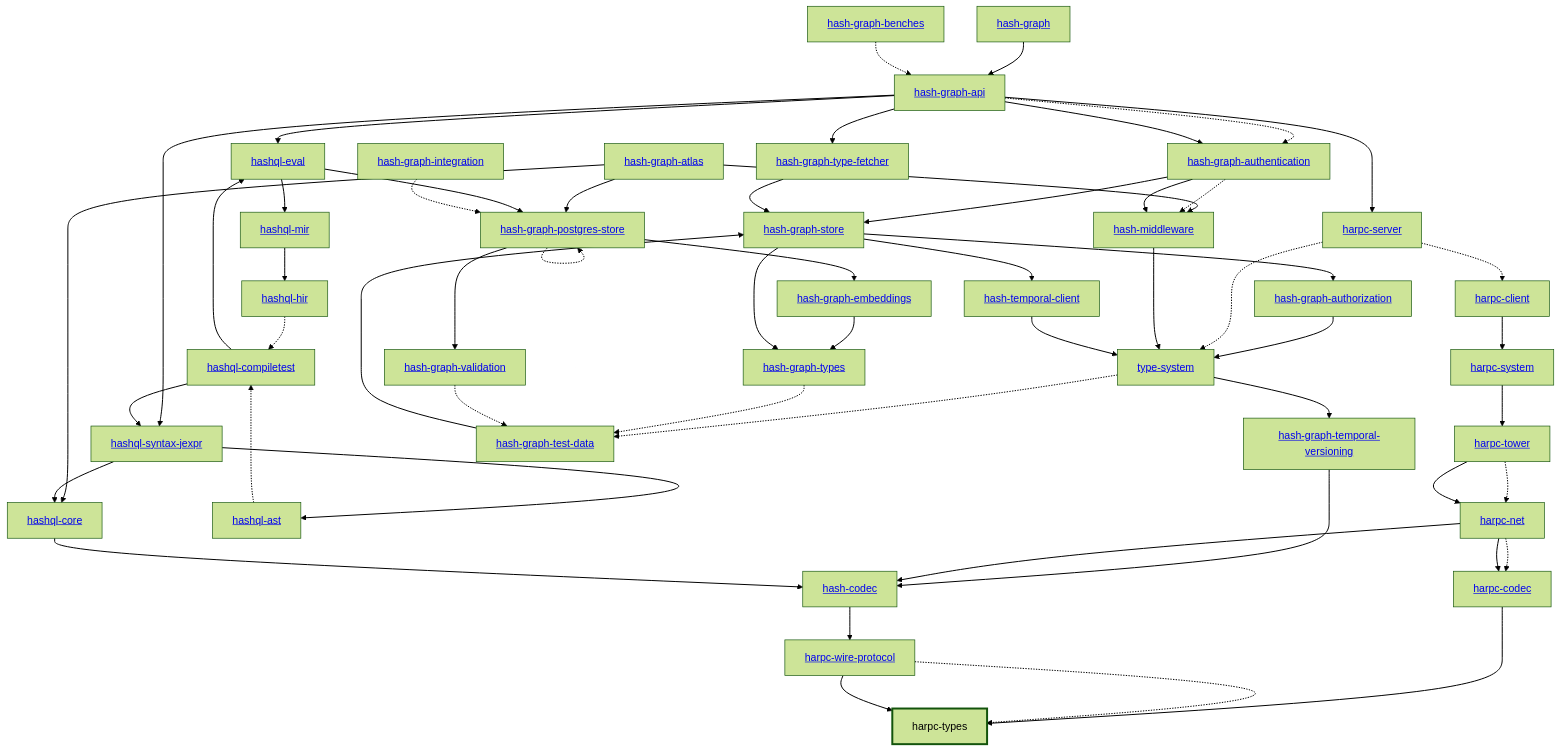
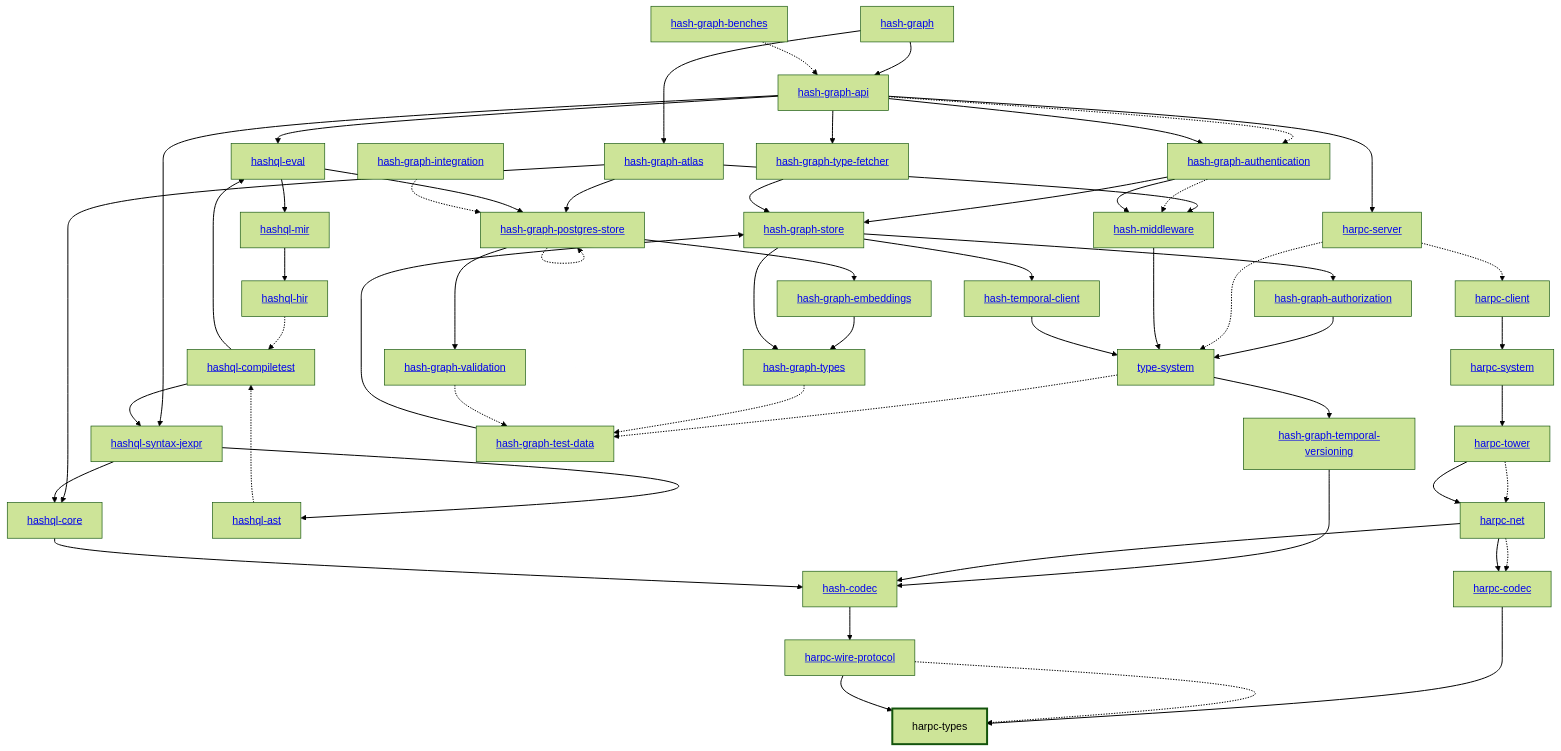
Before and after one commit to hashintel/hash: the diagram in libs/@local/harpc/types/docs/dependency-diagram.mmd, drawn with Mermaid (forest theme). The commit also changed 40 other files, not shown here.

```diff
--- a/libs/@local/harpc/types/docs/dependency-diagram.mmd
+++ b/libs/@local/harpc/types/docs/dependency-diagram.mmd
@@ -1,100 +1,101 @@
 graph TD
     linkStyle default stroke-width:1.5px
     classDef default stroke-width:1px
     classDef root stroke-width:3px
     classDef dev stroke-width:1px
     classDef build stroke-width:1px
     %% Legend
     %% --> : Normal dependency
     %% -.-> : Dev dependency
     %% ---> : Build dependency
     0[<a href="../hash_graph/index.html">hash-graph</a>]
     1[<a href="../type_system/index.html">type-system</a>]
     2[<a href="../hash_codec/index.html">hash-codec</a>]
     3[<a href="../hash_graph_api/index.html">hash-graph-api</a>]
     4[<a href="../hash_graph_atlas/index.html">hash-graph-atlas</a>]
     5[<a href="../hash_graph_authentication/index.html">hash-graph-authentication</a>]
     6[<a href="../hash_graph_authorization/index.html">hash-graph-authorization</a>]
     7[<a href="../hash_graph_embeddings/index.html">hash-graph-embeddings</a>]
     8[<a href="../hash_graph_postgres_store/index.html">hash-graph-postgres-store</a>]
     9[<a href="../hash_graph_store/index.html">hash-graph-store</a>]
     10[<a href="../hash_graph_temporal_versioning/index.html">hash-graph-temporal-versioning</a>]
     11[<a href="../hash_graph_type_fetcher/index.html">hash-graph-type-fetcher</a>]
     12[<a href="../hash_graph_types/index.html">hash-graph-types</a>]
     13[<a href="../hash_graph_validation/index.html">hash-graph-validation</a>]
     14[<a href="../harpc_client/index.html">harpc-client</a>]
     15[<a href="../harpc_codec/index.html">harpc-codec</a>]
     16[<a href="../harpc_net/index.html">harpc-net</a>]
     17[<a href="../harpc_server/index.html">harpc-server</a>]
     18[<a href="../harpc_system/index.html">harpc-system</a>]
     19[<a href="../harpc_tower/index.html">harpc-tower</a>]
     20[harpc-types]
     class 20 root
     21[<a href="../harpc_wire_protocol/index.html">harpc-wire-protocol</a>]
     22[<a href="../hashql_ast/index.html">hashql-ast</a>]
     23[<a href="../hashql_compiletest/index.html">hashql-compiletest</a>]
     24[<a href="../hashql_core/index.html">hashql-core</a>]
     25[<a href="../hashql_eval/index.html">hashql-eval</a>]
     26[<a href="../hashql_hir/index.html">hashql-hir</a>]
     27[<a href="../hashql_mir/index.html">hashql-mir</a>]
     28[<a href="../hashql_syntax_jexpr/index.html">hashql-syntax-jexpr</a>]
     29[<a href="../hash_middleware/index.html">hash-middleware</a>]
     30[<a href="../hash_temporal_client/index.html">hash-temporal-client</a>]
     31[<a href="../hash_graph_benches/index.html">hash-graph-benches</a>]
     32[<a href="../hash_graph_integration/index.html">hash-graph-integration</a>]
     33[<a href="../hash_graph_test_data/index.html">hash-graph-test-data</a>]
     0 --> 3
+    0 --> 4
     1 --> 10
     1 -.-> 33
     2 --> 21
     3 -.-> 5
     3 --> 5
     3 --> 11
     3 --> 17
     3 --> 25
     3 --> 28
     4 --> 8
     4 --> 24
     4 --> 29
     5 --> 9
     5 -.-> 29
     5 --> 29
     6 --> 1
     7 --> 12
     8 --> 7
     8 -.-> 8
     8 --> 13
     9 --> 6
     9 --> 12
     9 --> 30
     10 --> 2
     11 --> 9
     12 -.-> 33
     13 -.-> 33
     14 --> 18
     15 --> 20
     16 --> 2
     16 -.-> 15
     16 --> 15
     17 -.-> 1
     17 -.-> 14
     18 --> 19
     19 -.-> 16
     19 --> 16
     21 -.-> 20
     21 --> 20
     22 -.-> 23
     23 --> 25
     23 --> 28
     24 --> 2
     25 --> 8
     25 --> 27
     26 -.-> 23
     27 --> 26
     28 --> 22
     28 --> 24
     29 --> 1
     30 --> 1
     31 -.-> 3
     32 -.-> 8
     33 --> 9
```
